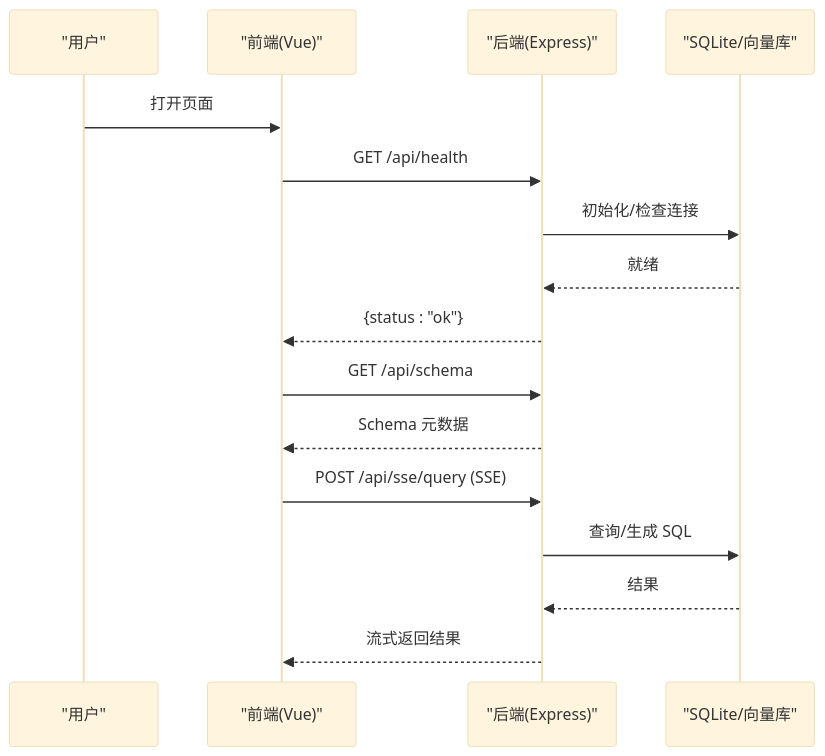
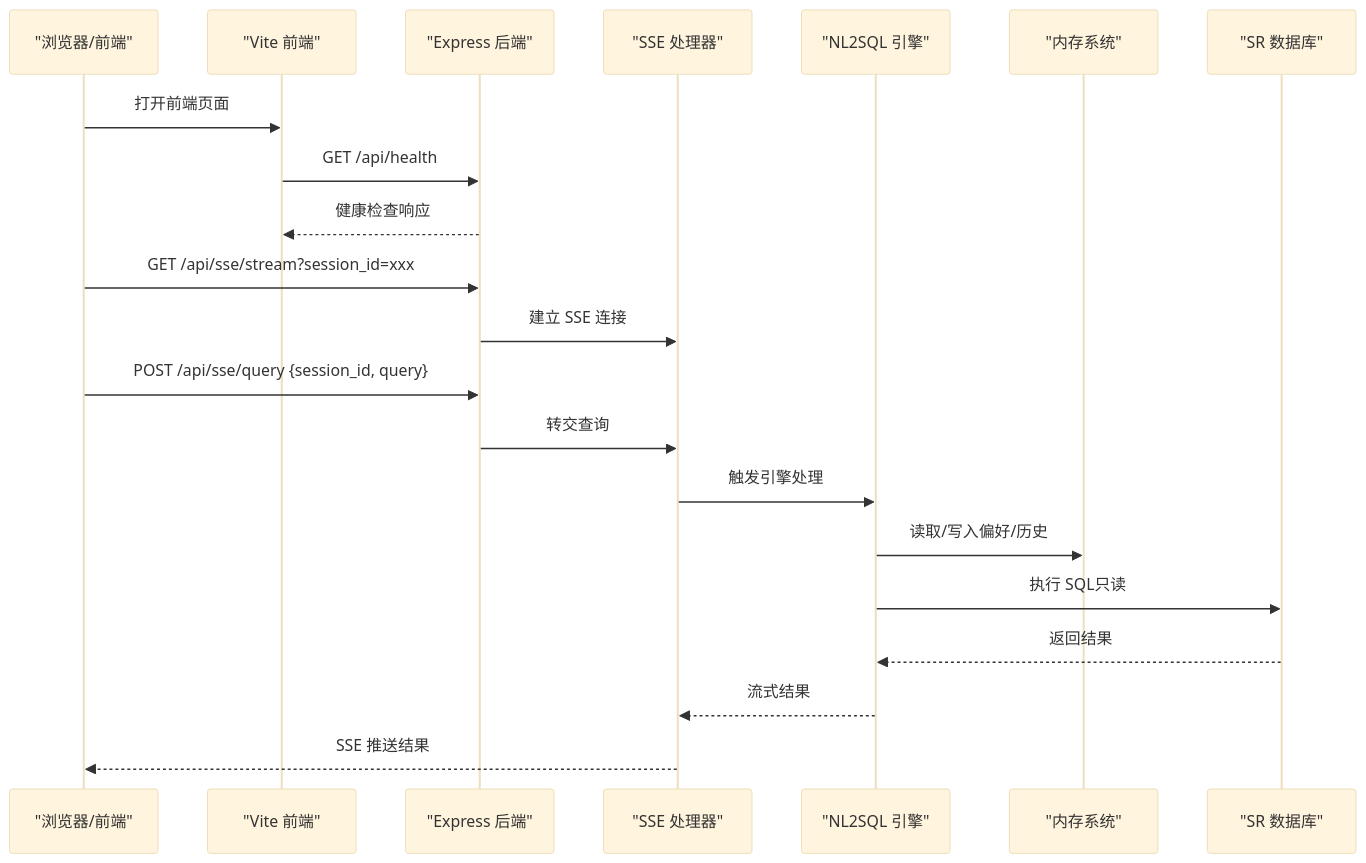
One commit to HanHuiOnLine/724-office changed the second of 3 diagrams in NL2SQL/.qoder/repowiki/zh/content/快速开始.md. Above: the diagram before and after it, drawn with Mermaid (base theme). The commit also changed other lines of this file and 207 other files, not shown here.

````diff
--- a/NL2SQL/.qoder/repowiki/zh/content/快速开始.md
+++ b/NL2SQL/.qoder/repowiki/zh/content/快速开始.md
@@ -107,18 +102,23 @@
 ```mermaid
 sequenceDiagram
-participant User as "用户"
-participant Frontend as "前端(Vue)"
-participant Backend as "后端(Express)"
-participant DB as "SQLite/向量库"
-User->>Frontend : 打开页面
-Frontend->>Backend : GET /api/health
-Backend->>DB : 初始化/检查连接
-DB-->>Backend : 就绪
-Backend-->>Frontend : {status : "ok"}
-Frontend->>Backend : GET /api/schema
-Backend-->>Frontend : Schema 元数据
-Frontend->>Backend : POST /api/sse/query (SSE)
-Backend->>DB : 查询/生成 SQL
-DB-->>Backend : 结果
-Backend-->>Frontend : 流式返回结果
+participant Client as "浏览器/前端"
+participant FE as "Vite 前端"
+participant BE as "Express 后端"
+participant SSE as "SSE 处理器"
+participant ENG as "NL2SQL 引擎"
+participant MEM as "内存系统"
+participant SR as "SR 数据库"
+Client->>FE : 打开前端页面
+FE->>BE : GET /api/health
+BE-->>FE : 健康检查响应
+Client->>BE : GET /api/sse/stream?session_id=xxx
+BE->>SSE : 建立 SSE 连接
+Client->>BE : POST /api/sse/query {session_id, query}
+BE->>SSE : 转交查询
+SSE->>ENG : 触发引擎处理
+ENG->>MEM : 读取/写入偏好/历史
+ENG->>SR : 执行 SQL只读
+SR-->>ENG : 返回结果
+ENG-->>SSE : 流式结果
+SSE-->>Client : SSE 推送结果
 ```
````
